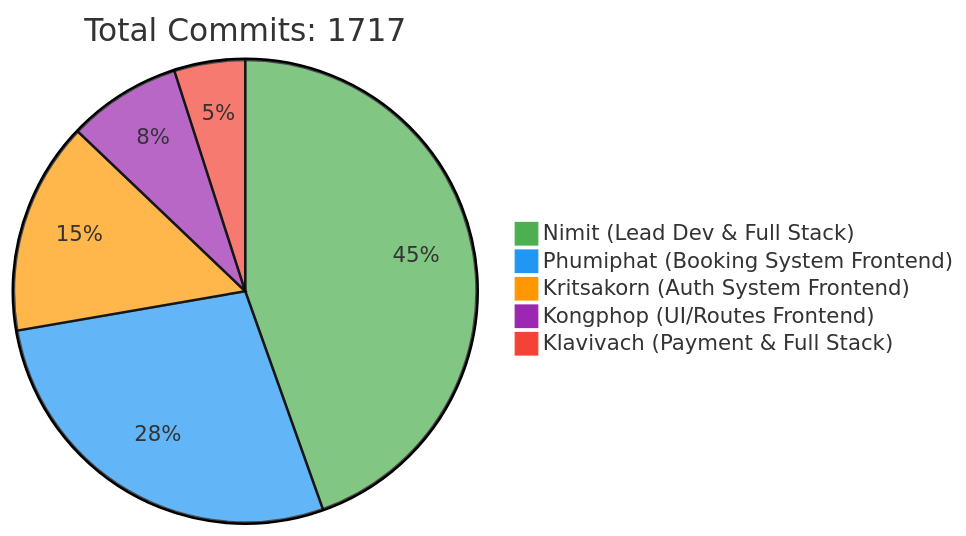
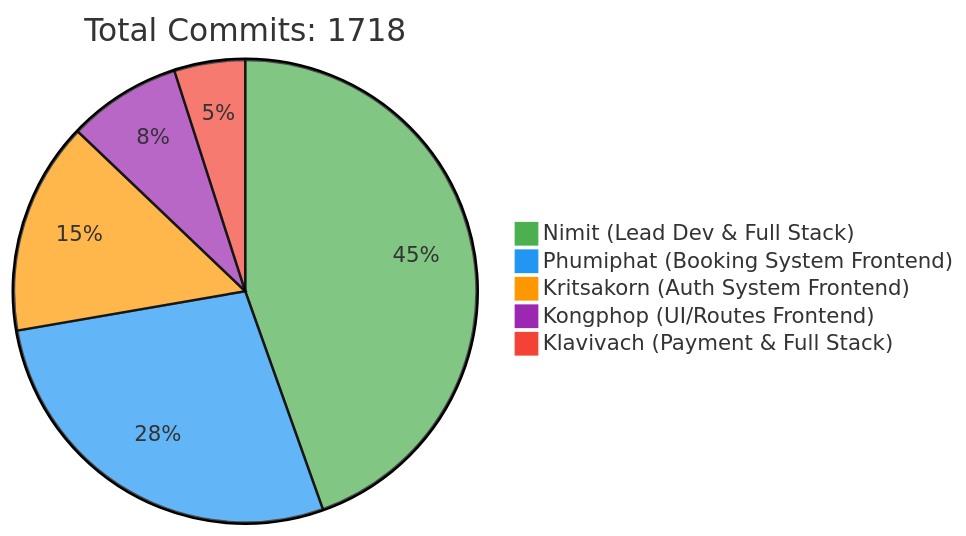
One commit to 6531503042/Sport-Complex changed the first of 2 diagrams in README.md. Above: the diagram before and after it, drawn with Mermaid. The commit also changed other lines of this file, not shown here.

Commit message:
docs: Update contributor statistics [skip ci]

````diff
--- a/README.md
+++ b/README.md
@@ -257,10 +257,10 @@
 ```mermaid
 %%{init: {'theme': 'base', 'themeVariables': { 'pie1': '#4CAF50', 'pie2': '#2196F3', 'pie3': '#FF9800', 'pie4': '#9C27B0', 'pie5': '#F44336'}}}%%
 pie
-    title Total Commits: 1717
+    title Total Commits: 1718
     "Nimit (Lead Dev & Full Stack)" : 450
     "Phumiphat (Booking System Frontend)" : 280
     "Kritsakorn (Auth System Frontend)" : 150
     "Kongphop (UI/Routes Frontend)" : 80
     "Klavivach (Payment & Full Stack)" : 50
 ```
````
